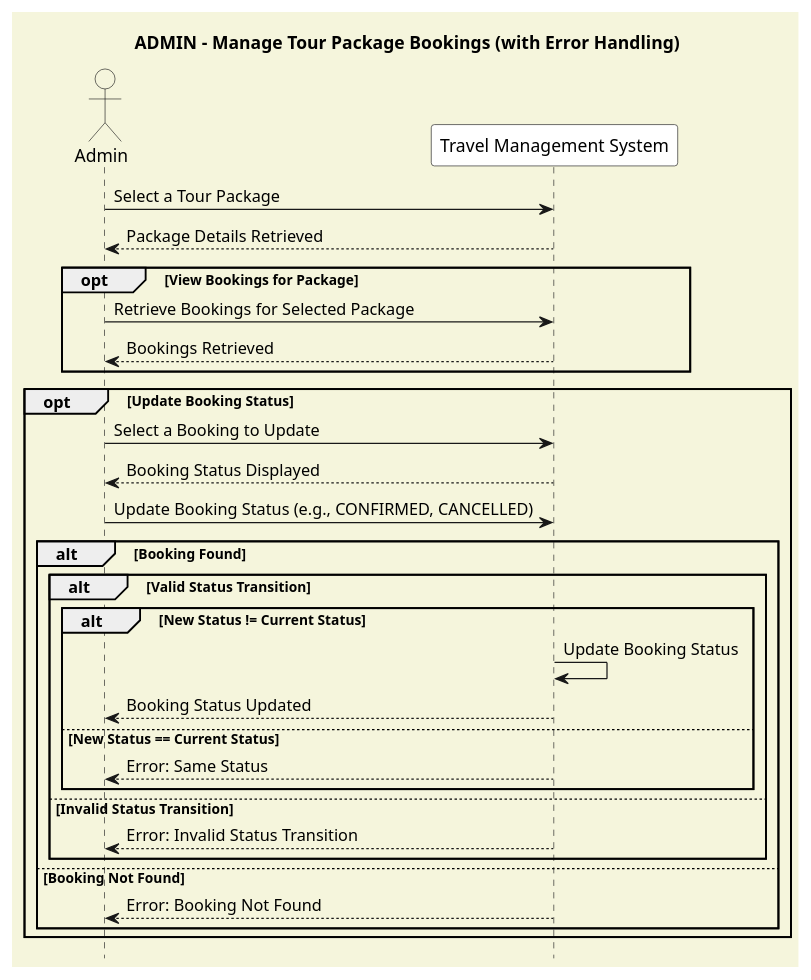
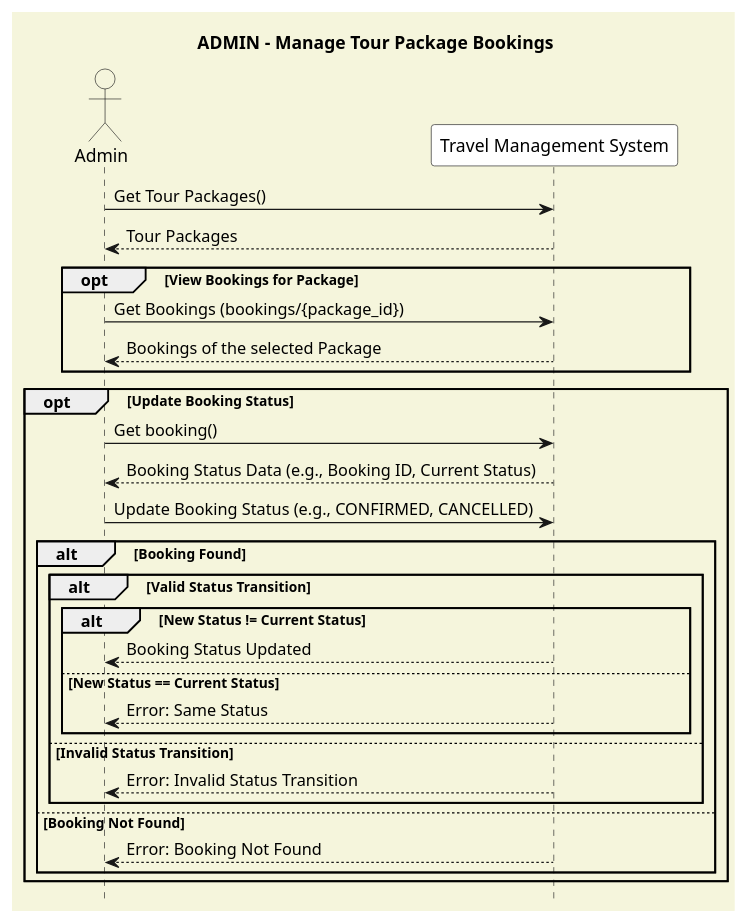
One commit to Hares-2088/TravelTrove changed the diagram in diagrams/Sprint3_booking/SSD/Admin1.puml. Above: the diagram before and after it, drawn with PlantUML. The commit also changed 3 other files, not shown here.

Commit message:
some diagrams

```diff
--- a/diagrams/Sprint3_booking/SSD/Admin1.puml
+++ b/diagrams/Sprint3_booking/SSD/Admin1.puml
@@ -1,39 +1,37 @@
 @startuml
-title ADMIN - Manage Tour Package Bookings (with Error Handling)
-
+title ADMIN - Manage Tour Package Bookings
 skinparam backgroundColor #F5F5DC
 hide footbox
 
 actor Admin #F5F5DC
 participant "Travel Management System" as TMS #FFFFFF
 
-Admin -> TMS : Select a Tour Package
-TMS --> Admin : Package Details Retrieved
+Admin -> TMS : Get Tour Packages()
+TMS --> Admin : Tour Packages
 
 opt View Bookings for Package
-    Admin -> TMS : Retrieve Bookings for Selected Package
-    TMS --> Admin : Bookings Retrieved
+    Admin -> TMS : Get Bookings (bookings/{package_id})
+    TMS --> Admin : Bookings of the selected Package
 end
 
 opt Update Booking Status
-    Admin -> TMS : Select a Booking to Update
-    TMS --> Admin : Booking Status Displayed
+    Admin -> TMS : Get booking()
+    TMS --> Admin : Booking Status Data (e.g., Booking ID, Current Status)
     Admin -> TMS : Update Booking Status (e.g., CONFIRMED, CANCELLED)
 
     alt Booking Found
         alt Valid Status Transition
             alt New Status != Current Status
-                TMS -> TMS : Update Booking Status
                 TMS --> Admin : Booking Status Updated
             else New Status == Current Status
                 TMS --> Admin : Error: Same Status
             end
         else Invalid Status Transition
             TMS --> Admin : Error: Invalid Status Transition
         end
     else Booking Not Found
         TMS --> Admin : Error: Booking Not Found
     end
 end
 
 @enduml
```
